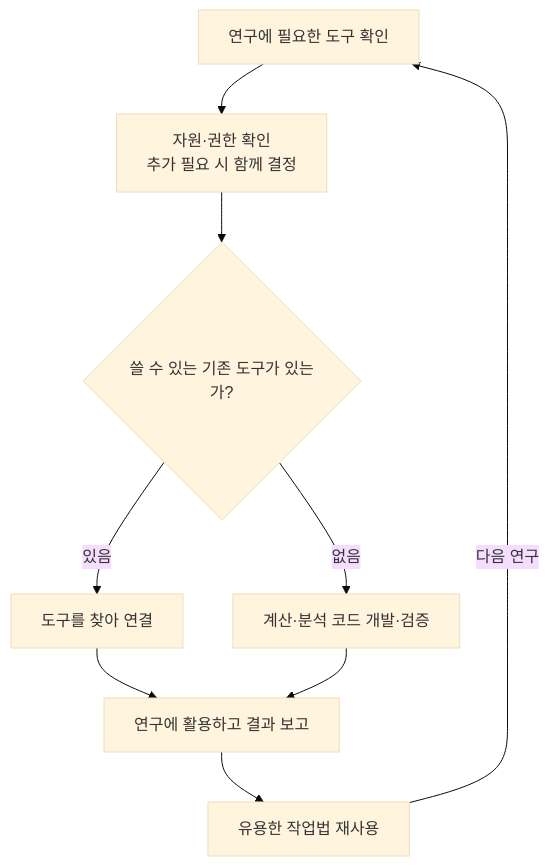
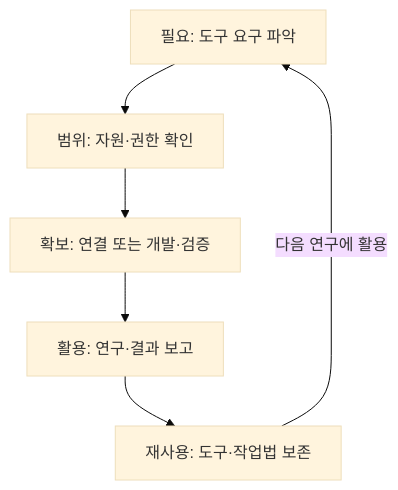
Before and after one commit to Rmayana/frontier-research-harness: the second of 8 diagrams in docs/SPECIFICATION.md, drawn with Mermaid (base theme). The commit also changed other lines of this file, not shown here.

````diff
--- a/docs/SPECIFICATION.md
+++ b/docs/SPECIFICATION.md
@@ -128,15 +128,11 @@
 ```mermaid
 flowchart TD
-    A["연구에 필요한 도구 확인"]
-    B["자원·권한 확인<br/>추가 필요 시 함께 결정"]
-    C{"쓸 수 있는 기존 도구가 있는가?"}
-    D["도구를 찾아 연결"]
-    E["계산·분석 코드 개발·검증"]
-    F["연구에 활용하고 결과 보고"]
-    G["유용한 작업법 재사용"]
+    A["필요: 도구 요구 파악"]
+    B["범위: 자원·권한 확인"]
+    C["확보: 연결 또는 개발·검증"]
+    D["활용: 연구·결과 보고"]
+    E["재사용: 도구·작업법 보존"]
 
-    A --> B --> C
-    C -->|"있음"| D --> F
-    C -->|"없음"| E --> F
-    F --> G -->|"다음 연구"| A
+    A --> B --> C --> D --> E
+    E -->|"다음 연구에 활용"| A
 ```
````
